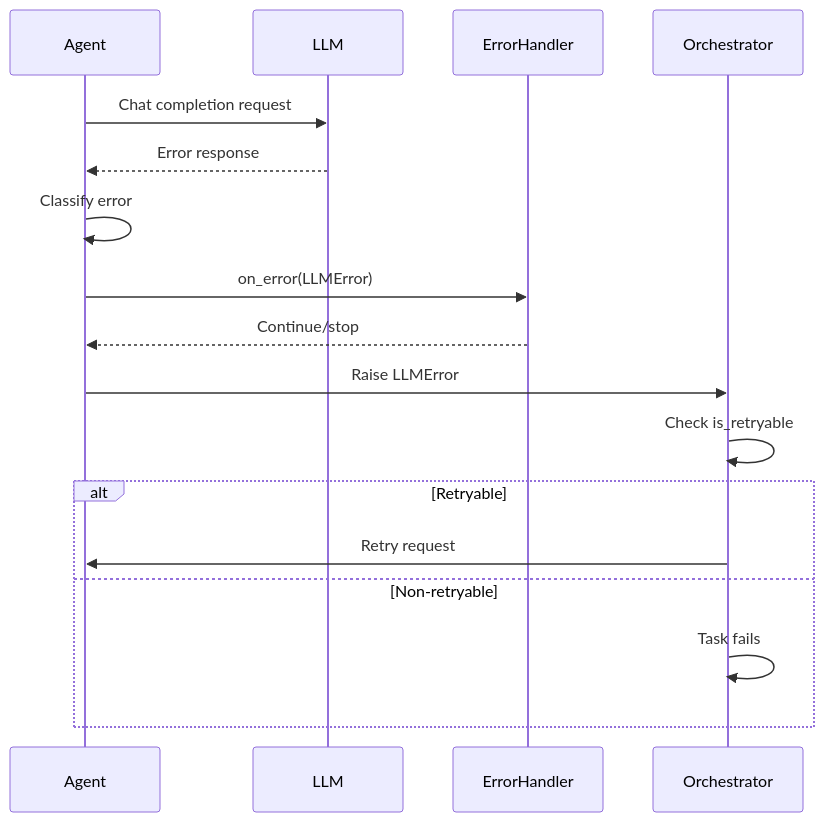
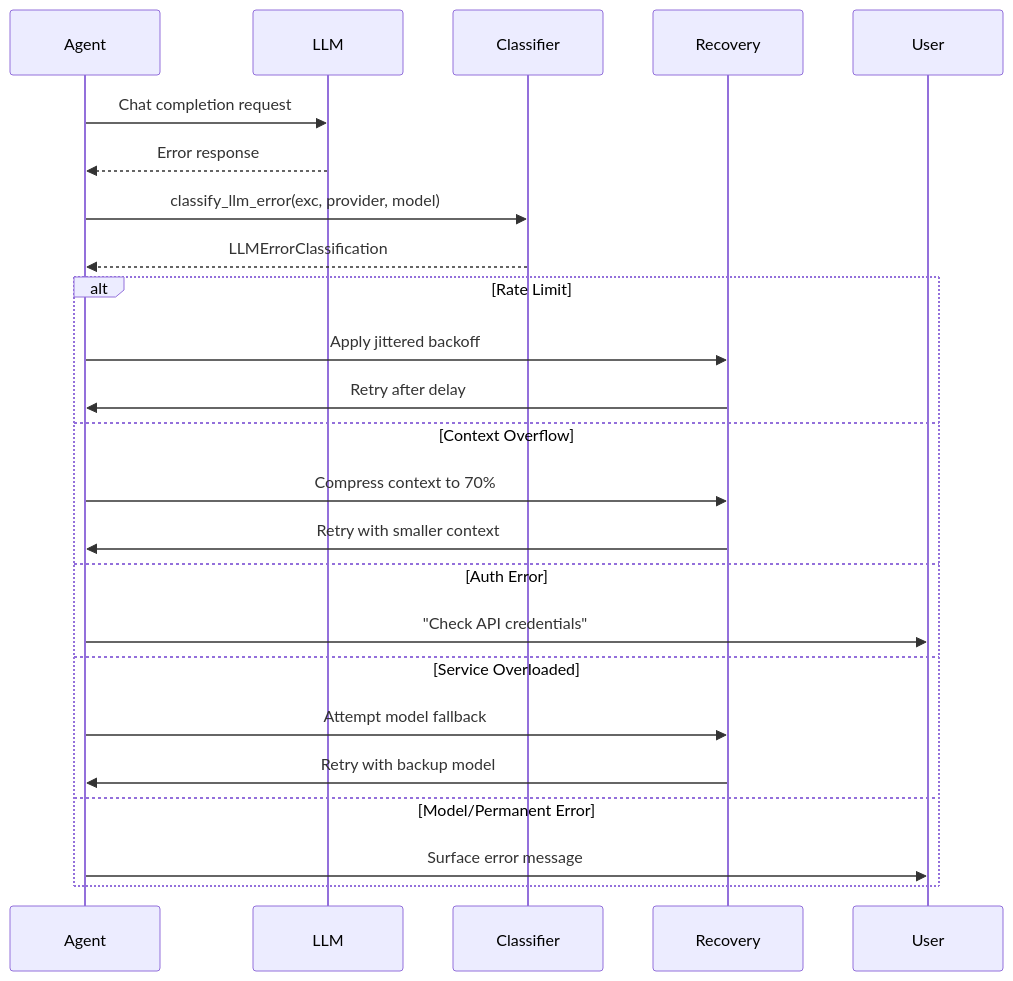
The fourth of 4 diagrams in docs/features/structured-llm-errors.mdx (MervinPraison/PraisonAIDocs), drawn with Mermaid before and after one commit. The commit also changed other lines of this file, not shown here.

First line of the commit message:
docs: update Structured LLM Errors page for provider-aware classifier (PR #1833) (#524)

````diff
--- a/docs/features/structured-llm-errors.mdx
+++ b/docs/features/structured-llm-errors.mdx
@@ -81,20 +276,28 @@
 ```mermaid
 sequenceDiagram
     participant Agent
     participant LLM
-    participant ErrorHandler
-    participant Orchestrator
+    participant Classifier
+    participant Recovery
+    participant User
     
     Agent->>LLM: Chat completion request
     LLM-->>Agent: Error response
-    Agent->>Agent: Classify error
-    Agent->>ErrorHandler: on_error(LLMError)
-    ErrorHandler-->>Agent: Continue/stop
-    Agent->>Orchestrator: Raise LLMError
-    Orchestrator->>Orchestrator: Check is_retryable
-    alt Retryable
-        Orchestrator->>Agent: Retry request
-    else Non-retryable
-        Orchestrator->>Orchestrator: Task fails
+    Agent->>Classifier: classify_llm_error(exc, provider, model)
+    Classifier-->>Agent: LLMErrorClassification
+    
+    alt Rate Limit
+        Agent->>Recovery: Apply jittered backoff
+        Recovery->>Agent: Retry after delay
+    else Context Overflow
+        Agent->>Recovery: Compress context to 70%
+        Recovery->>Agent: Retry with smaller context
+    else Auth Error
+        Agent->>User: "Check API credentials"
+    else Service Overloaded
+        Agent->>Recovery: Attempt model fallback
+        Recovery->>Agent: Retry with backup model
+    else Model/Permanent Error
+        Agent->>User: Surface error message
     end
 ```
````
